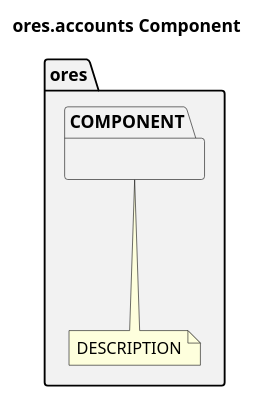
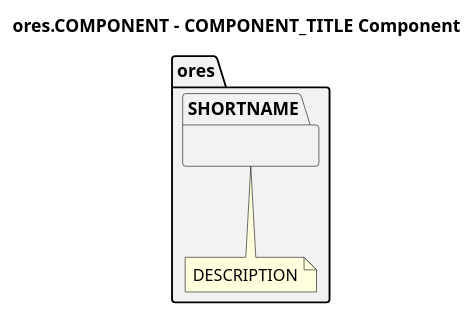
One commit to OreStudio/OreStudio changed the diagram in doc/skills/component-creator/skill.org. Above: the diagram before and after it, drawn with PlantUML. The commit also changed other lines of this file and 16 other files, not shown here.

```diff
--- a/doc/skills/component-creator/skill.org
+++ b/doc/skills/component-creator/skill.org
@@ -626,36 +626,37 @@
 #+begin_src plantuml
 ' -*- mode: plantuml; tab-width: 4; indent-tabs-mode: nil; c-basic-offset: 4 -*'
 '
 ' Copyright (C) 2025 Marco Craveiro <marco.craveiro@gmail.com>
 '
 ' This program is free software; you can redistribute it and/or modify it under
 ' the terms of the GNU General Public License as published by the Free Software
 ' Foundation; either version 3 of the License, or (at your option) any later
 ' version.
 '
 ' This program is distributed in the hope that it will be useful, but WITHOUT
 '  ANY WARRANTY; without even the implied warranty of MERCHANTABILITY or FITNESS
 ' FOR A PARTICULAR PURPOSE. See the GNU General Public License for more details.
 '
 ' You should have received a copy of the GNU General Public License along with
 ' GNU Emacs; see the file COPYING. If not, write to the Free Software
 ' Foundation, Inc., 51 Franklin Street, Fifth Floor, Boston, MA 02110-1301, USA.
 @startuml
+!pragma layout smetana
 
-title ores.accounts Component
+title ores.COMPONENT - COMPONENT_TITLE Component
 
 set namespaceSeparator ::
 
 namespace ores #F2F2F2 {
-    note "DESCRIPTION" as ores_COMPONENT_note
-    COMPONENT --- ores_COMPONENT_note
-    namespace COMPONENT #F2F2F2 {
+    note "DESCRIPTION" as ores_SHORTNAME_note
+    SHORTNAME --- ores_SHORTNAME_note
+    namespace SHORTNAME #F2F2F2 {
 
     }
 }
 
 ' Local Variables:
-' compile-command: "java -Djava.awt.headless=true -DPLANTUML_SECURITY_PROFILE=UNSECURE -DPLANTUML_LIMIT_SIZE=65535 -jar /usr/share/plantuml/plantuml.jar ores.accounts.puml"
+' compile-command: "java -Djava.awt.headless=true -DPLANTUML_SECURITY_PROFILE=UNSECURE -DPLANTUML_LIMIT_SIZE=65535 -jar /usr/share/plantuml/plantuml.jar ores.COMPONENT.puml"
 ' End:
 @enduml
 #+end_src
```
